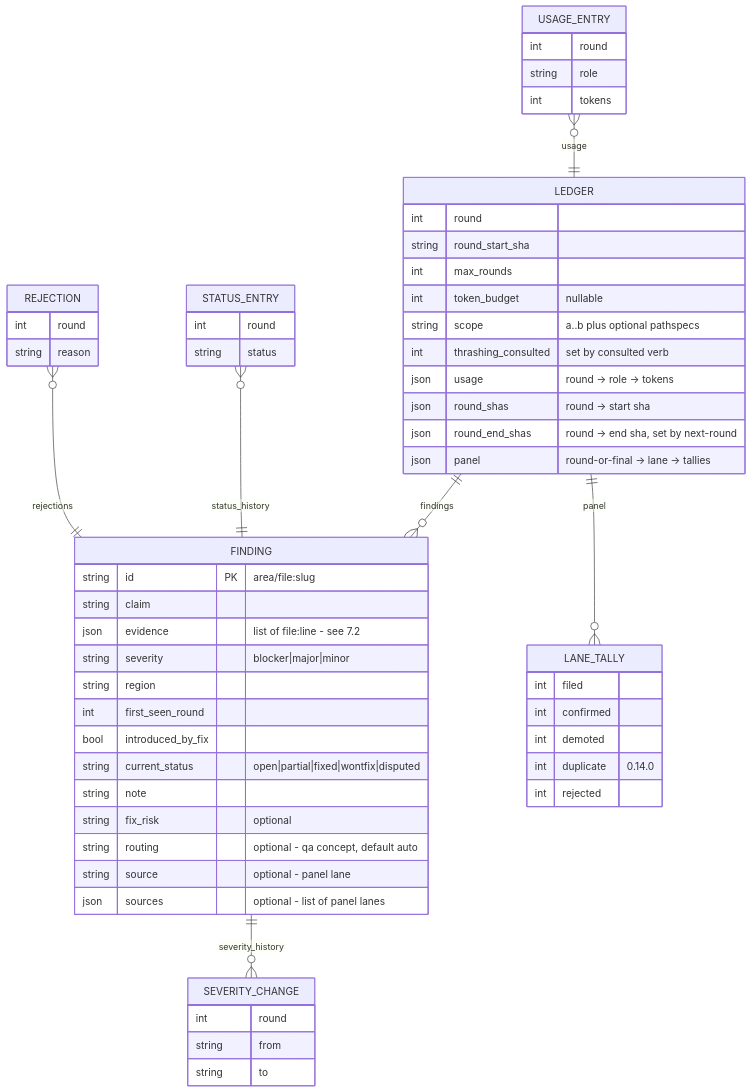
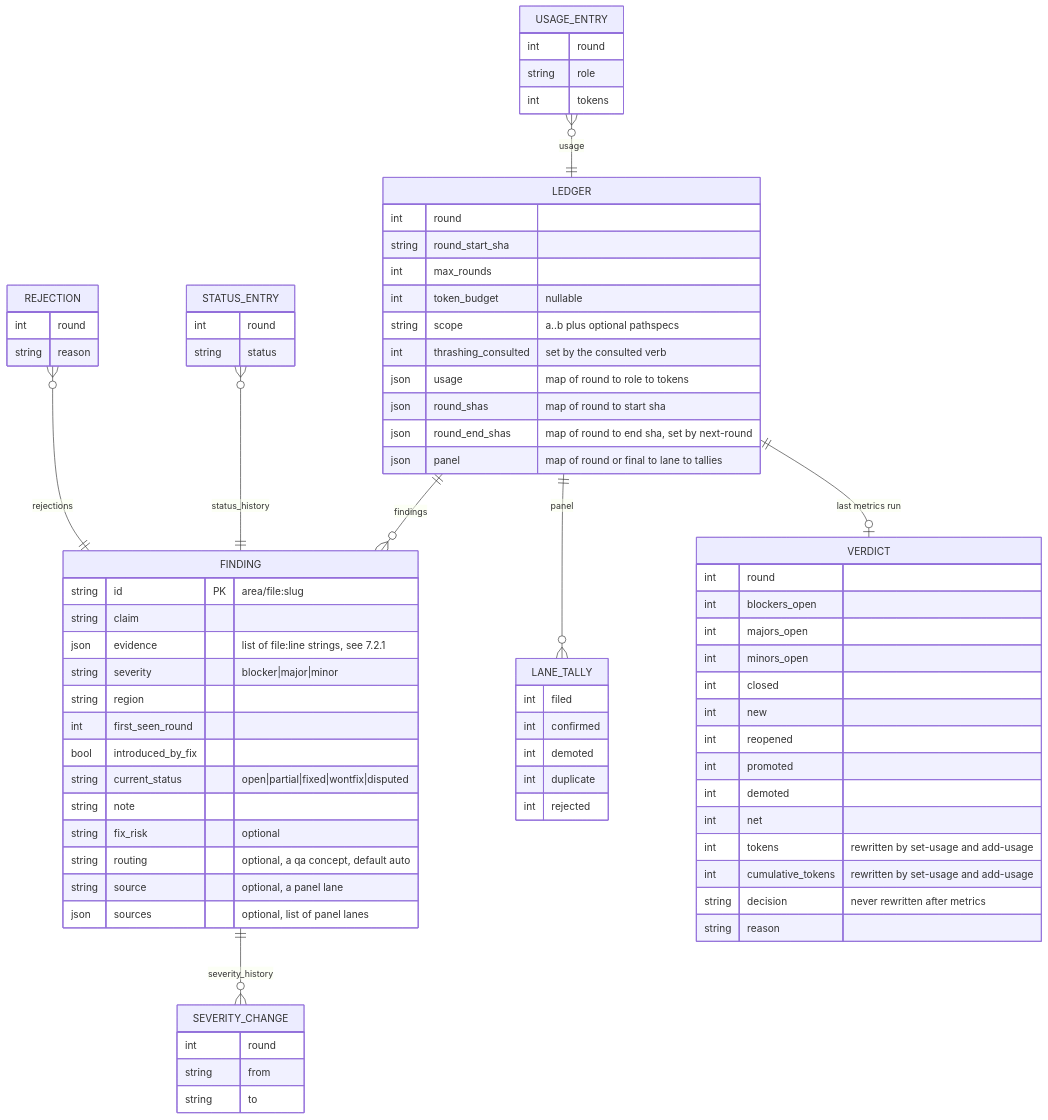
One commit to peterlit/quiller-claude-plugins changed the seventh of 30 diagrams in docs/architecture/review-loop-tools.md. Above: the diagram before and after it, drawn with Mermaid. The commit also changed other lines of this file and 5 other files, not shown here.

````diff
--- a/docs/architecture/review-loop-tools.md
+++ b/docs/architecture/review-loop-tools.md
@@ -591,61 +1021,78 @@
 ```mermaid
 erDiagram
     LEDGER {
         int round
         string round_start_sha
         int max_rounds
         int token_budget "nullable"
         string scope "a..b plus optional pathspecs"
-        int thrashing_consulted "set by consulted verb"
-        json usage "round -> role -> tokens"
-        json round_shas "round -> start sha"
-        json round_end_shas "round -> end sha, set by next-round"
-        json panel "round-or-final -> lane -> tallies"
+        int thrashing_consulted "set by the consulted verb"
+        json usage "map of round to role to tokens"
+        json round_shas "map of round to start sha"
+        json round_end_shas "map of round to end sha, set by next-round"
+        json panel "map of round or final to lane to tallies"
     }
     FINDING {
         string id PK "area/file:slug"
         string claim
-        json evidence "list of file:line - see 7.2"
+        json evidence "list of file:line strings, see 7.2.1"
         string severity "blocker|major|minor"
         string region
         int first_seen_round
         bool introduced_by_fix
         string current_status "open|partial|fixed|wontfix|disputed"
         string note
         string fix_risk "optional"
-        string routing "optional - qa concept, default auto"
-        string source "optional - panel lane"
-        json sources "optional - list of panel lanes"
+        string routing "optional, a qa concept, default auto"
+        string source "optional, a panel lane"
+        json sources "optional, list of panel lanes"
     }
     STATUS_ENTRY {
         int round
         string status
     }
     SEVERITY_CHANGE {
         int round
         string from
         string to
     }
     REJECTION {
         int round
         string reason
     }
     LANE_TALLY {
         int filed
         int confirmed
         int demoted
-        int duplicate "0.14.0"
+        int duplicate
         int rejected
     }
     USAGE_ENTRY {
         int round
         string role
         int tokens
     }
+    VERDICT {
+        int round
+        int blockers_open
+        int majors_open
+        int minors_open
+        int closed
+        int new
+        int reopened
+        int promoted
+        int demoted
+        int net
+        int tokens "rewritten by set-usage and add-usage"
+        int cumulative_tokens "rewritten by set-usage and add-usage"
+        string decision "never rewritten after metrics"
+        string reason
+    }
     LEDGER ||--o{ FINDING : findings
     STATUS_ENTRY }o--|| FINDING : status_history
     FINDING ||--o{ SEVERITY_CHANGE : severity_history
     REJECTION }o--|| FINDING : rejections
     LEDGER ||--o{ LANE_TALLY : panel
     USAGE_ENTRY }o--|| LEDGER : usage
+    LEDGER ||--o| VERDICT : "last metrics run"
 ```
````
